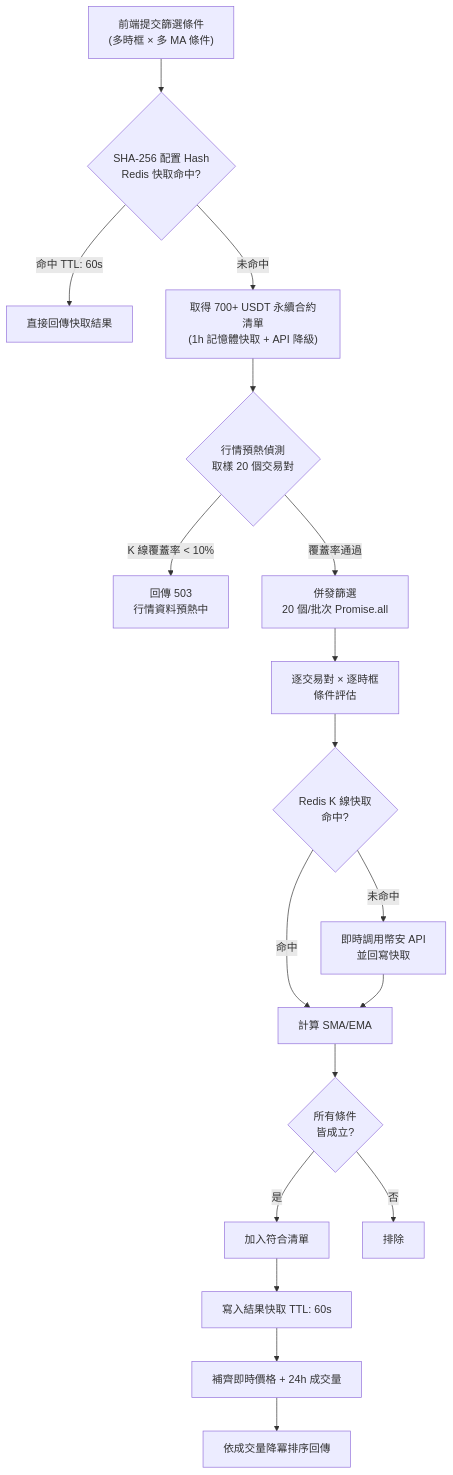
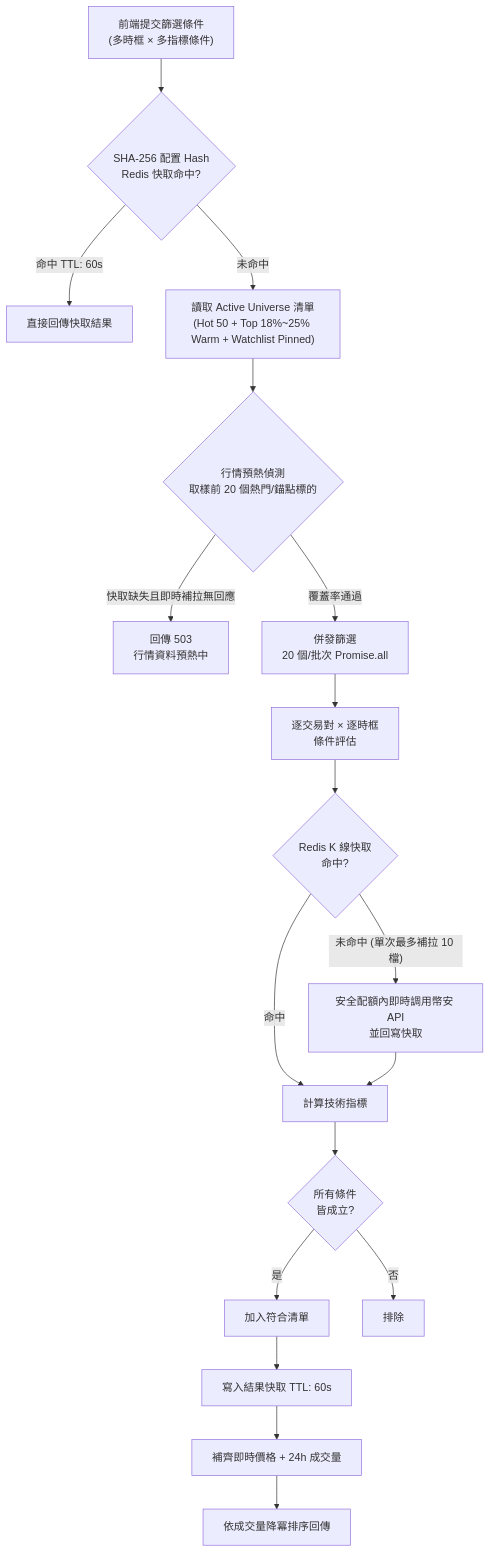
One commit to MingLin1995/crypto-sniper-v2 changed the second of 5 diagrams in docs/SYSTEM_ARCHITECTURE_AND_DATA_FLOWS.md. Above: the diagram before and after it, drawn with Mermaid. The commit also changed other lines of this file and 20 other files, not shown here.

````diff
--- a/docs/SYSTEM_ARCHITECTURE_AND_DATA_FLOWS.md
+++ b/docs/SYSTEM_ARCHITECTURE_AND_DATA_FLOWS.md
@@ -231,20 +234,20 @@
 ```mermaid
 flowchart TD
-    A["前端提交篩選條件<br/>(多時框 × 多 MA 條件)"] --> B{"SHA-256 配置 Hash<br/>Redis 快取命中?"}
+    A["前端提交篩選條件<br/>(多時框 × 多指標條件)"] --> B{"SHA-256 配置 Hash<br/>Redis 快取命中?"}
     B -->|命中 TTL: 60s| C["直接回傳快取結果"]
-    B -->|未命中| D["取得 700+ USDT 永續合約清單<br/>(1h 記憶體快取 + API 降級)"]
-    D --> E{"行情預熱偵測<br/>取樣 20 個交易對"}
-    E -->|"K 線覆蓋率 < 10%"| F["回傳 503<br/>行情資料預熱中"]
+    B -->|未命中| D["讀取 Active Universe 清單<br/>(Hot 50 + Top 18%~25% Warm + Watchlist Pinned)"]
+    D --> E{"行情預熱偵測<br/>取樣前 20 個熱門/錨點標的"}
+    E -->|"快取缺失且即時補拉無回應"| F["回傳 503<br/>行情資料預熱中"]
     E -->|覆蓋率通過| G["併發篩選<br/>20 個/批次 Promise.all"]
     G --> H["逐交易對 × 逐時框<br/>條件評估"]
     H --> I{"Redis K 線快取<br/>命中?"}
-    I -->|命中| J["計算 SMA/EMA"]
-    I -->|未命中| K["即時調用幣安 API<br/>並回寫快取"]
+    I -->|命中| J["計算技術指標"]
+    I -->|"未命中 (單次最多補拉 10 檔)"| K["安全配額內即時調用幣安 API<br/>並回寫快取"]
     K --> J
     J --> L{"所有條件<br/>皆成立?"}
     L -->|是| M["加入符合清單"]
     L -->|否| N["排除"]
     M --> O["寫入結果快取 TTL: 60s"]
     O --> P["補齊即時價格 + 24h 成交量"]
     P --> Q["依成交量降冪排序回傳"]
 ```
````
